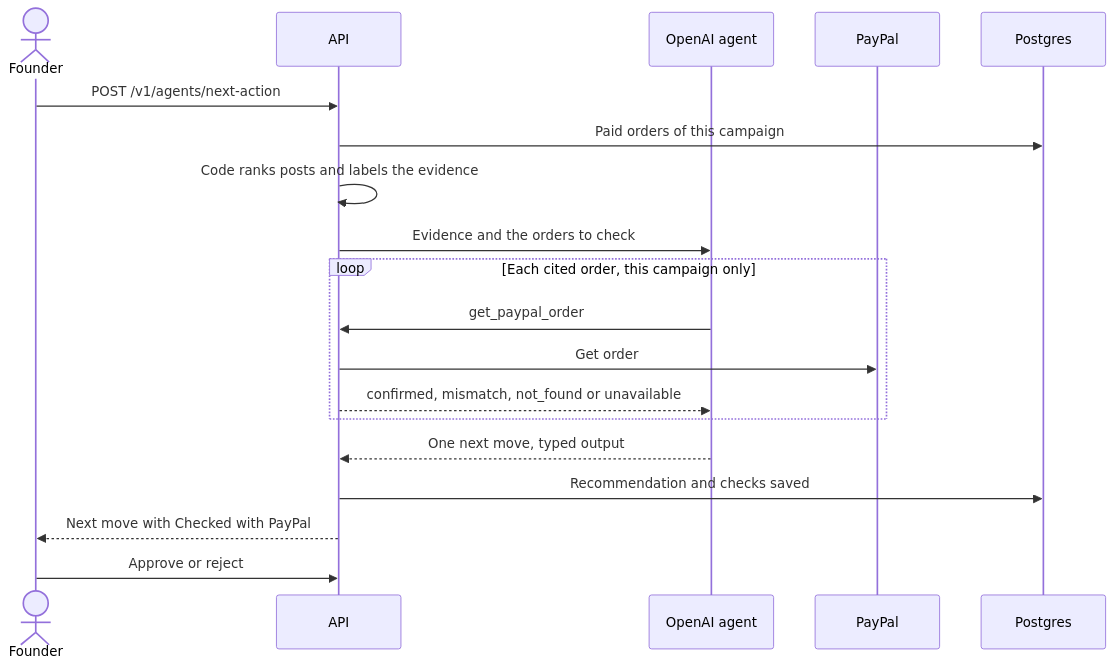
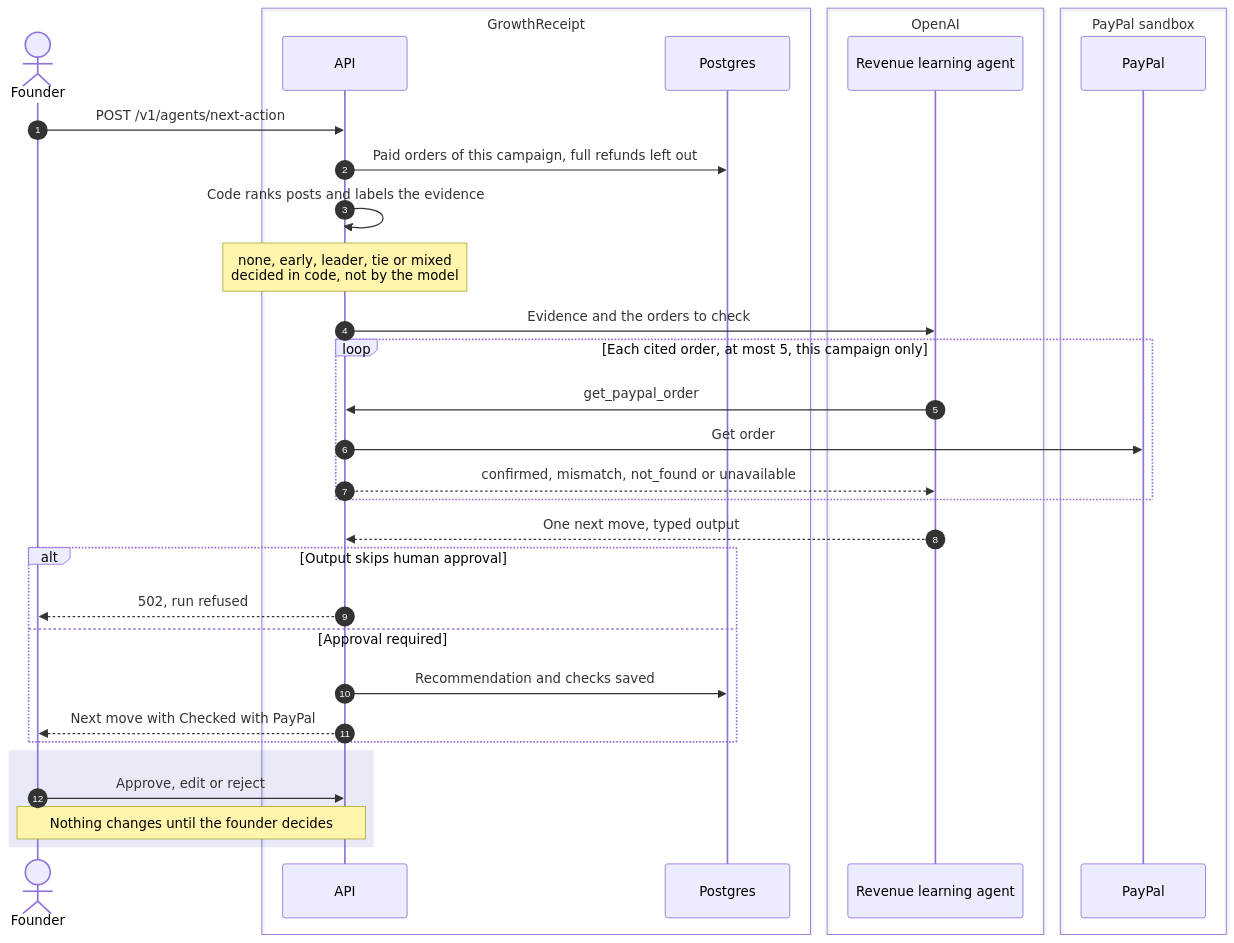
One commit to tekbel/growthreceipt changed the third of 5 diagrams in docs/hackathon/architecture.md. Above: the diagram before and after it, drawn with Mermaid. The commit also changed other lines of this file and 3 other files, not shown here.

First line of the commit message:
docs: sequence diagrams show numbered steps, trust boundaries, failure paths and approval points

````diff
--- a/docs/hackathon/architecture.md
+++ b/docs/hackathon/architecture.md
@@ -72,21 +97,36 @@
 ```mermaid
 sequenceDiagram
+  autonumber
   actor Founder
-  participant API
-  participant Agent as OpenAI agent
-  participant PayPal
-  participant DB as Postgres
+  box GrowthReceipt
+    participant API
+    participant DB as Postgres
+  end
+  box OpenAI
+    participant Agent as Revenue learning agent
+  end
+  box PayPal sandbox
+    participant PayPal
+  end
   Founder->>API: POST /v1/agents/next-action
-  API->>DB: Paid orders of this campaign
+  API->>DB: Paid orders of this campaign, full refunds left out
   API->>API: Code ranks posts and labels the evidence
+  Note over API: none, early, leader, tie or mixed<br/>decided in code, not by the model
   API->>Agent: Evidence and the orders to check
-  loop Each cited order, this campaign only
+  loop Each cited order, at most 5, this campaign only
     Agent->>API: get_paypal_order
     API->>PayPal: Get order
     API-->>Agent: confirmed, mismatch, not_found or unavailable
   end
   Agent-->>API: One next move, typed output
-  API->>DB: Recommendation and checks saved
-  API-->>Founder: Next move with Checked with PayPal
-  Founder->>API: Approve or reject
+  alt Output skips human approval
+    API-->>Founder: 502, run refused
+  else Approval required
+    API->>DB: Recommendation and checks saved
+    API-->>Founder: Next move with Checked with PayPal
+  end
+  rect rgba(68, 88, 184, 0.12)
+    Founder->>API: Approve, edit or reject
+    Note over Founder,API: Nothing changes until the founder decides
+  end
 ```
````
